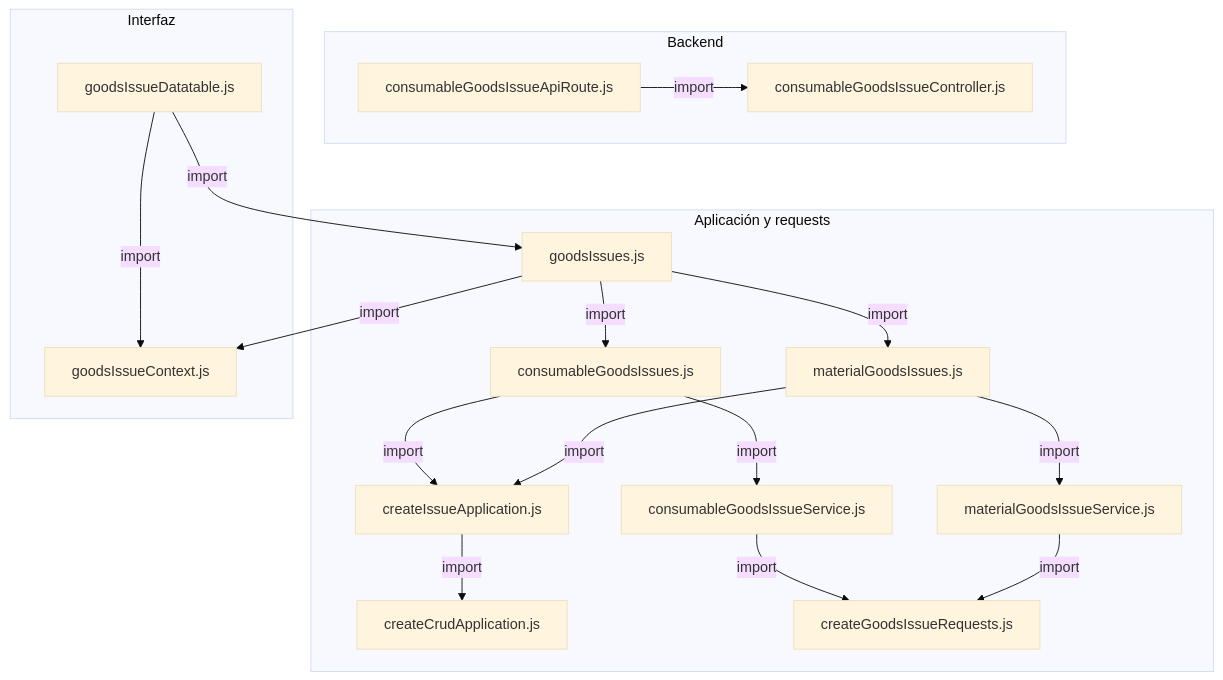
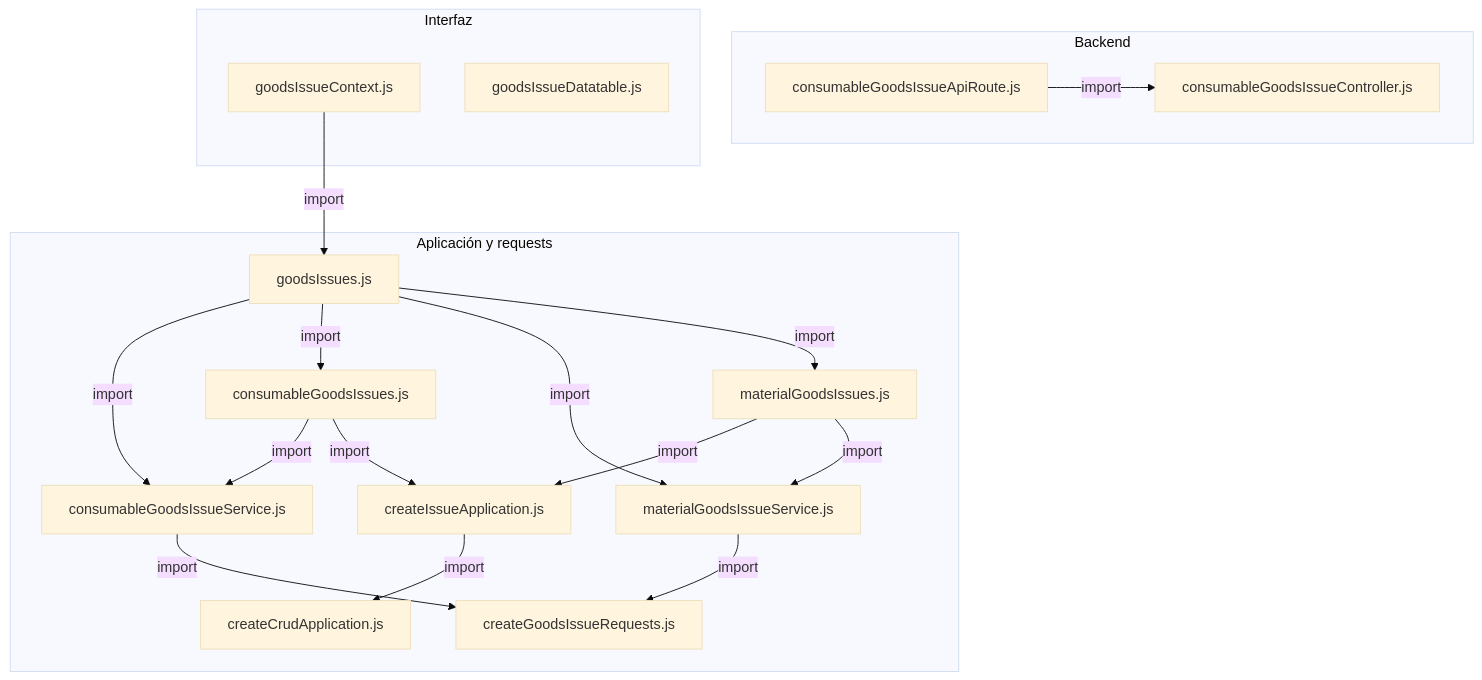
The first of 2 diagrams in docs/architecture/views/processes/frontend-code-sequences/issues/cu-sal-15.md (gpgsistemas01/nexus), drawn with Mermaid (base theme) before and after one commit. The commit also changed 200 other files, not shown here.

````diff
--- a/docs/architecture/views/processes/frontend-code-sequences/issues/cu-sal-15.md
+++ b/docs/architecture/views/processes/frontend-code-sequences/issues/cu-sal-15.md
@@ -50,34 +50,34 @@
 ```mermaid
 flowchart TB
     subgraph Component0["Backend"]
         FileConsumableGoodsIssueController["consumableGoodsIssueController.js"]
         Transport["consumableGoodsIssueApiRoute.js"]
     end
     subgraph Component1["Aplicación y requests"]
         Application["createCrudApplication.js"]
         FileConsumableGoodsIssues["consumableGoodsIssues.js"]
         FileGoodsIssues["goodsIssues.js"]
         FileMaterialGoodsIssues["materialGoodsIssues.js"]
         FileCreateIssueApplication["createIssueApplication.js"]
         FileConsumableGoodsIssueService["consumableGoodsIssueService.js"]
         Request["createGoodsIssueRequests.js"]
         FileMaterialGoodsIssueService["materialGoodsIssueService.js"]
     end
     subgraph Component2["Interfaz"]
         FileGoodsIssueContext["goodsIssueContext.js"]
         View["goodsIssueDatatable.js"]
     end
+    FileConsumableGoodsIssueService -->|import| Request
     FileConsumableGoodsIssues -->|import| FileConsumableGoodsIssueService
     FileConsumableGoodsIssues -->|import| FileCreateIssueApplication
+    FileCreateIssueApplication -->|import| Application
+    FileGoodsIssueContext -->|import| FileGoodsIssues
+    FileGoodsIssues -->|import| FileConsumableGoodsIssueService
+    FileGoodsIssues -->|import| FileConsumableGoodsIssues
+    FileGoodsIssues -->|import| FileMaterialGoodsIssueService
     FileGoodsIssues -->|import| FileMaterialGoodsIssues
-    FileGoodsIssues -->|import| FileConsumableGoodsIssues
-    FileGoodsIssues -->|import| FileGoodsIssueContext
+    FileMaterialGoodsIssueService -->|import| Request
+    FileMaterialGoodsIssues -->|import| FileCreateIssueApplication
     FileMaterialGoodsIssues -->|import| FileMaterialGoodsIssueService
-    FileMaterialGoodsIssues -->|import| FileCreateIssueApplication
-    FileCreateIssueApplication -->|import| Application
-    View -->|import| FileGoodsIssues
-    View -->|import| FileGoodsIssueContext
-    FileConsumableGoodsIssueService -->|import| Request
-    FileMaterialGoodsIssueService -->|import| Request
     Transport -->|import| FileConsumableGoodsIssueController
 ```
````
